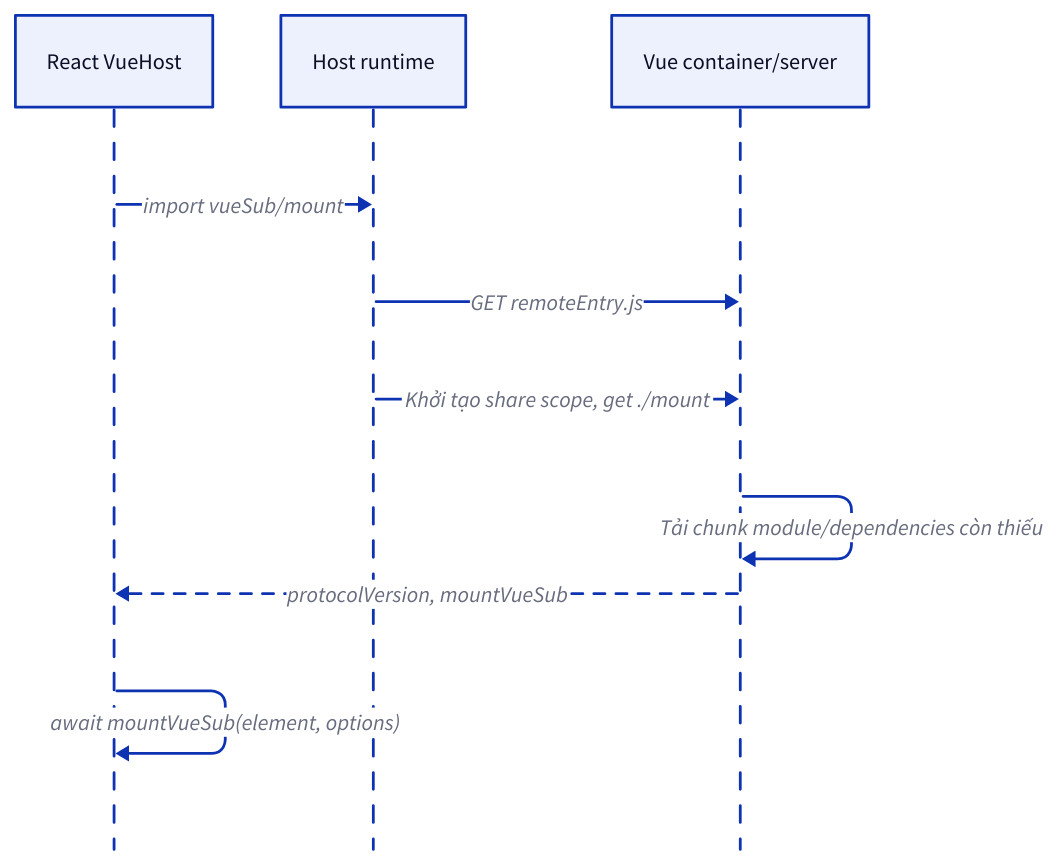
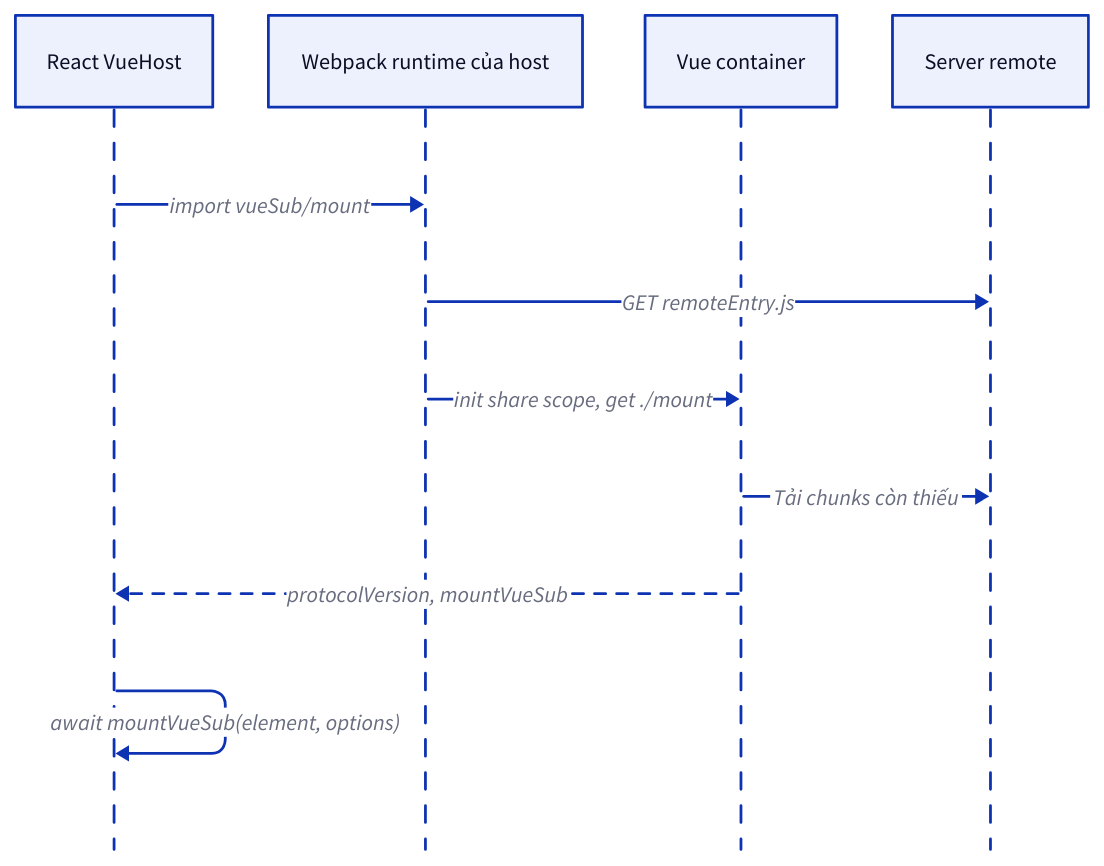
The second of 3 diagrams in content/docs/web/04-module-federation-react-vue-microfrontend.mdx (vanhiep99w/interview-question), drawn with D2 before and after one commit. The commit also changed other lines of this file, not shown here.

````diff
--- a/content/docs/web/04-module-federation-react-vue-microfrontend.mdx
+++ b/content/docs/web/04-module-federation-react-vue-microfrontend.mdx
@@ -185,12 +181,13 @@
-```d2 title="4.3. remoteEntry.js không phải toàn bộ Vue app"
+```d2 title="Từ import đến lúc Vue được mount"
 shape: sequence_diagram
 Host: "React VueHost"
-HRT: "Host runtime"
-Remote: "Vue container/server"
+HRT: "Webpack runtime của host"
+Remote: "Vue container"
+Server: "Server remote"
 Host -> HRT: "import vueSub/mount"
-HRT -> Remote: "GET remoteEntry.js"
-HRT -> Remote: "Khởi tạo share scope, get ./mount"
-Remote -> Remote: "Tải chunk module/dependencies còn thiếu"
+HRT -> Server: "GET remoteEntry.js"
+HRT -> Remote: "init share scope, get ./mount"
+Remote -> Server: "Tải chunks còn thiếu"
 Remote -> Host: "protocolVersion, mountVueSub" {style.stroke-dash: 4}
 Host -> Host: "await mountVueSub(element, options)"
 ```
````
